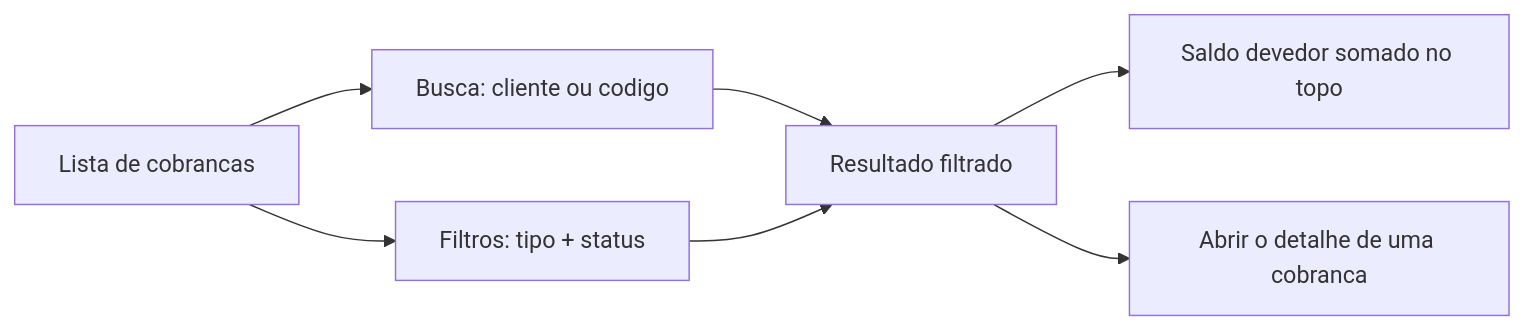
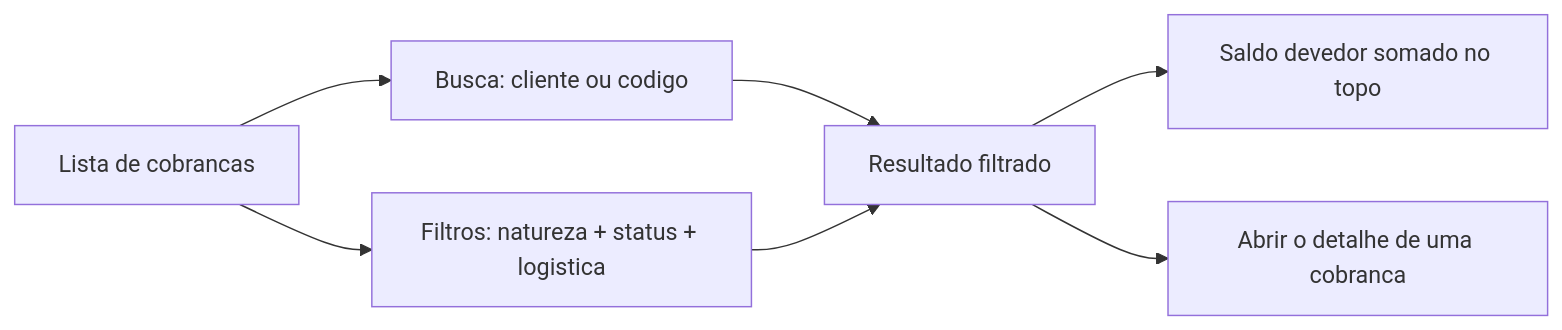
One commit to LocFlowTeam/locflow-docs changed the diagram in cobranca/lista-de-cobrancas.md. Above: the diagram before and after it, drawn with Mermaid. The commit also changed other lines of this file and 4 other files, not shown here.

````diff
--- a/cobranca/lista-de-cobrancas.md
+++ b/cobranca/lista-de-cobrancas.md
@@ -91,9 +100,9 @@
 ```mermaid
 flowchart LR
     L[Lista de cobrancas] --> B[Busca: cliente ou codigo]
-    L --> F[Filtros: tipo + status]
+    L --> F[Filtros: natureza + status + logistica]
     B --> R[Resultado filtrado]
     F --> R
     R --> S[Saldo devedor somado no topo]
     R --> D[Abrir o detalhe de uma cobranca]
 ```
````
